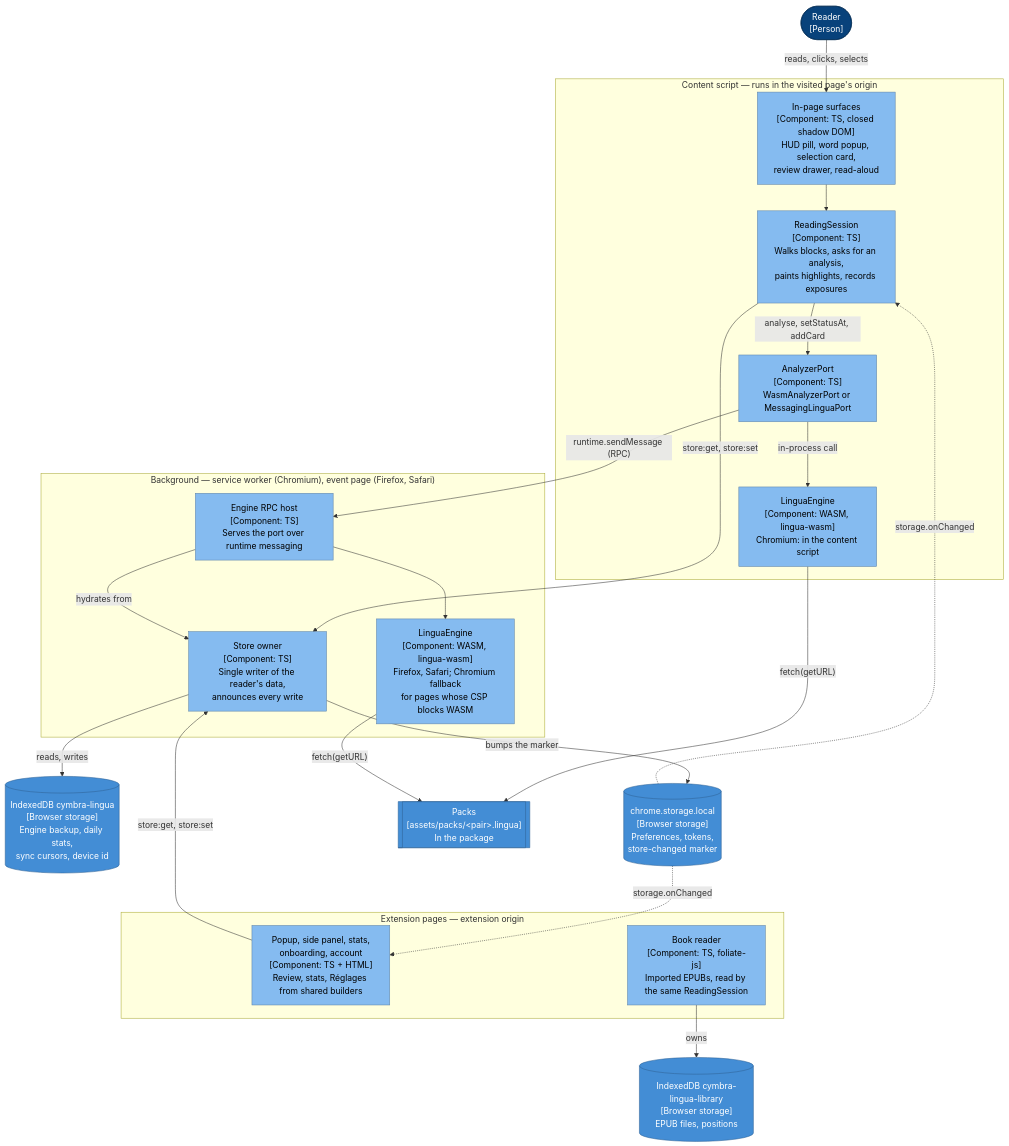
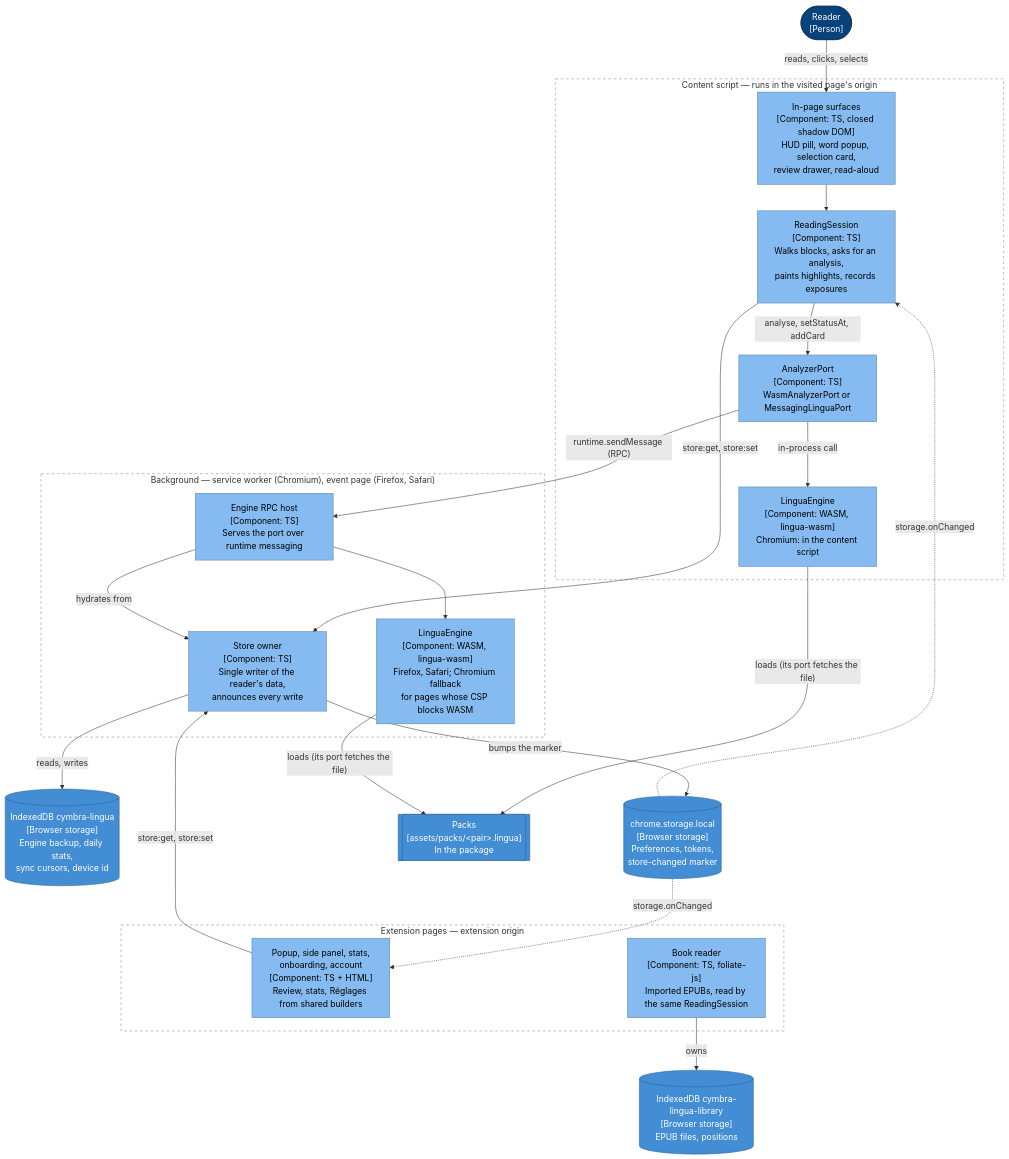
One commit to NEETROF/cymbra changed the fifth of 15 diagrams in docs/lingua/architecture.md. Above: the diagram before and after it, drawn with Mermaid. The commit also changed other lines of this file and 1 other file, not shown here.

Commit message:
docs(lingua): link the architecture, dashed boundaries, accuracy fixes

````diff
--- a/docs/lingua/architecture.md
+++ b/docs/lingua/architecture.md
@@ -361,48 +365,51 @@
 ```mermaid
 flowchart TB
     reader(["Reader<br/>[Person]"]):::person
 
     subgraph page ["Content script — runs in the visited page's origin"]
         surfaces["In-page surfaces<br/>[Component: TS, closed shadow DOM]<br/>HUD pill, word popup, selection card,<br/>review drawer, read-aloud"]:::component
         session["ReadingSession<br/>[Component: TS]<br/>Walks blocks, asks for an analysis,<br/>paints highlights, records exposures"]:::component
         port["AnalyzerPort<br/>[Component: TS]<br/>WasmAnalyzerPort or MessagingLinguaPort"]:::component
         engineC["LinguaEngine<br/>[Component: WASM, lingua-wasm]<br/>Chromium: in the content script"]:::component
     end
 
     subgraph bg ["Background — service worker (Chromium), event page (Firefox, Safari)"]
         rpc["Engine RPC host<br/>[Component: TS]<br/>Serves the port over runtime messaging"]:::component
         engineB["LinguaEngine<br/>[Component: WASM, lingua-wasm]<br/>Firefox, Safari; Chromium fallback<br/>for pages whose CSP blocks WASM"]:::component
         owner["Store owner<br/>[Component: TS]<br/>Single writer of the reader's data,<br/>announces every write"]:::component
     end
 
     subgraph pages ["Extension pages — extension origin"]
         views["Popup, side panel, stats,<br/>onboarding, account<br/>[Component: TS + HTML]<br/>Review, stats, Réglages from shared builders"]:::component
         books["Book reader<br/>[Component: TS, foliate-js]<br/>Imported EPUBs, read by the same ReadingSession"]:::component
     end
 
     idb[("IndexedDB cymbra-lingua<br/>[Browser storage]<br/>Engine backup, daily stats,<br/>sync cursors, device id")]:::container
     local[("chrome.storage.local<br/>[Browser storage]<br/>Preferences, tokens,<br/>store-changed marker")]:::container
     library[("IndexedDB cymbra-lingua-library<br/>[Browser storage]<br/>EPUB files, positions")]:::container
     packs[["Packs<br/>[assets/packs/&lt;pair&gt;.lingua]<br/>In the package"]]:::container
 
     reader -- "reads, clicks, selects" --> surfaces
     surfaces --> session
     session -- "analyse, setStatusAt, addCard" --> port
     port -- "in-process call" --> engineC
     port -- "runtime.sendMessage (RPC)" --> rpc
     rpc --> engineB
-    engineC -- "fetch(getURL)" --> packs
-    engineB -- "fetch(getURL)" --> packs
+    engineC -- "loads (its port fetches the file)" --> packs
+    engineB -- "loads (its port fetches the file)" --> packs
     session -- "store:get, store:set" --> owner
     views -- "store:get, store:set" --> owner
     rpc -- "hydrates from" --> owner
     owner -- "reads, writes" --> idb
     owner -- "bumps the marker" --> local
     local -. "storage.onChanged" .-> session
     local -. "storage.onChanged" .-> views
     books -- "owns" --> library
 
     classDef person fill:#08427b,stroke:#052e56,color:#ffffff
     classDef container fill:#438dd5,stroke:#2e6295,color:#ffffff
     classDef component fill:#85bbf0,stroke:#5d82a8,color:#000000
+    style page fill:none,stroke:#888888,stroke-dasharray:5 5
+    style bg fill:none,stroke:#888888,stroke-dasharray:5 5
+    style pages fill:none,stroke:#888888,stroke-dasharray:5 5
 ```
````
